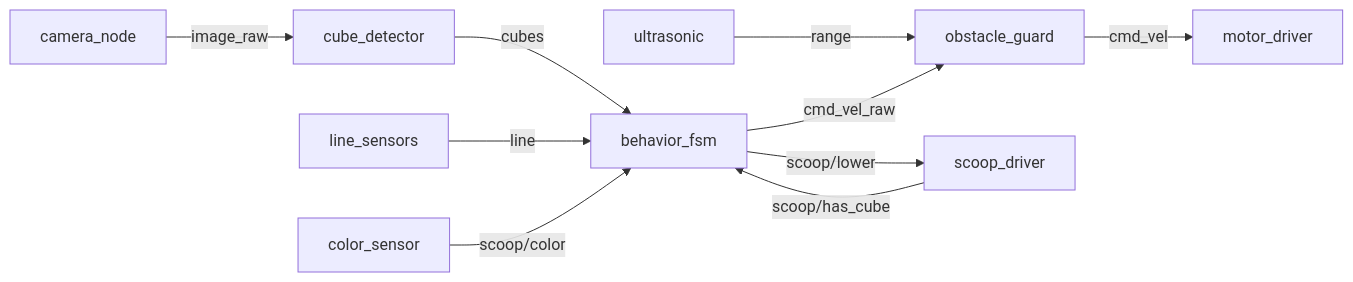
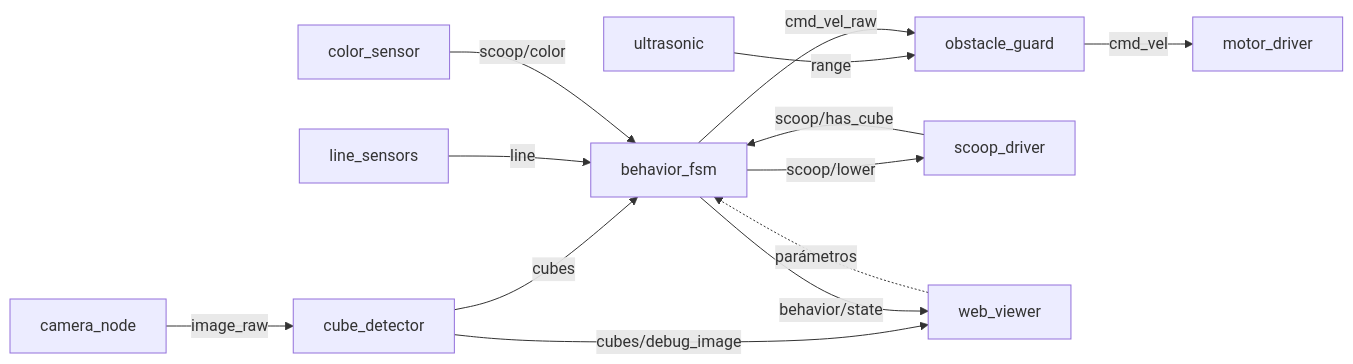
Before and after one commit to notoriussss/Ferb-Recolector: the first of 2 diagrams in docs/arquitectura.md, drawn with Mermaid. The commit also changed other lines of this file and 3 other files, not shown here.

````diff
--- a/docs/arquitectura.md
+++ b/docs/arquitectura.md
@@ -13,12 +13,15 @@
 ```mermaid
 flowchart LR
   cam[camera_node] -->|image_raw| det[cube_detector]
   det -->|cubes| fsm[behavior_fsm]
   line[line_sensors] -->|line| fsm
   us[ultrasonic] -->|range| guard[obstacle_guard]
   fsm -->|cmd_vel_raw| guard
   guard -->|cmd_vel| motor[motor_driver]
   fsm -->|scoop/lower| scoop[scoop_driver]
   scoop -->|scoop/has_cube| fsm
   color[color_sensor] -->|scoop/color| fsm
+  det -->|cubes/debug_image| web[web_viewer]
+  fsm -->|behavior/state| web
+  web -.->|parámetros| fsm
 ```
````
